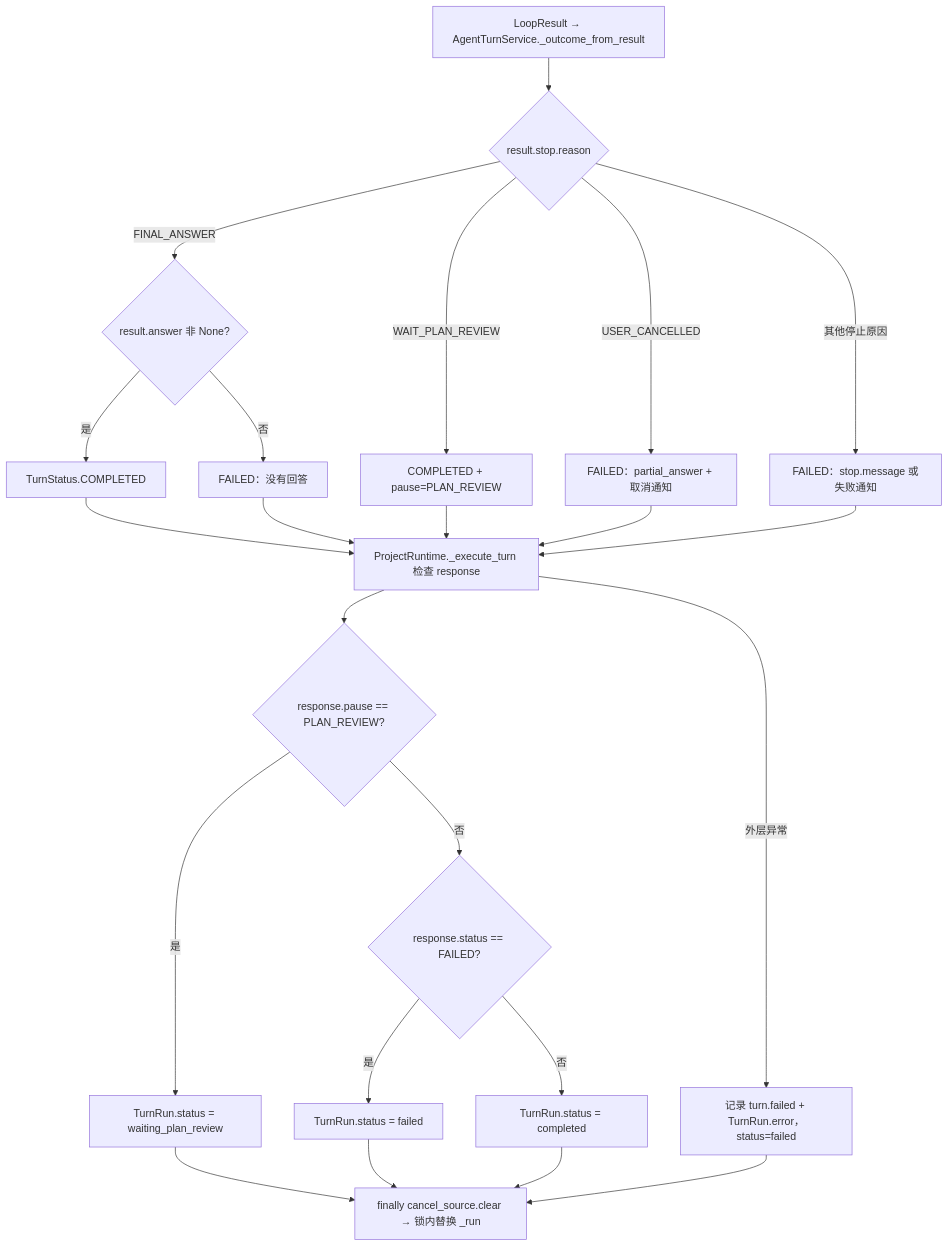
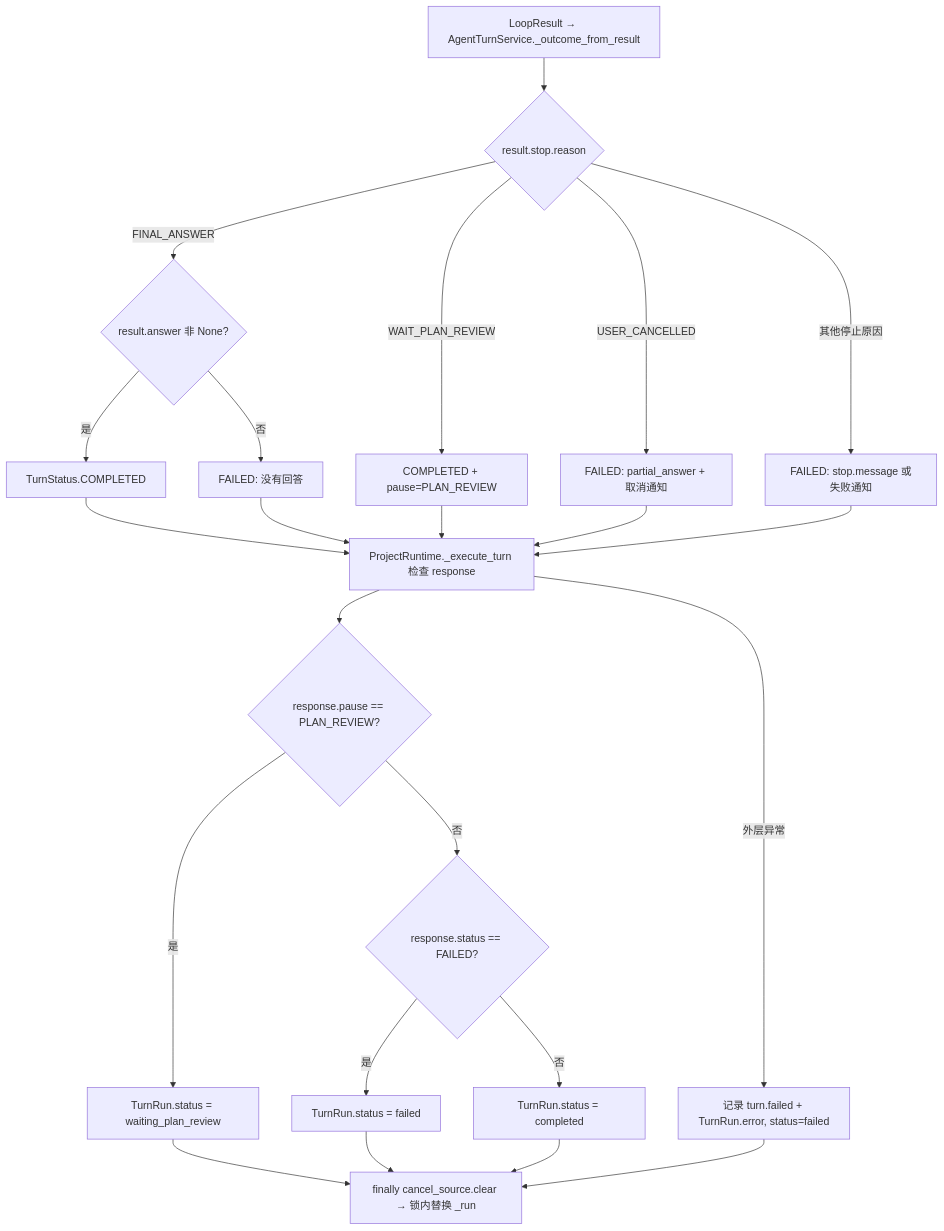
The ninth of 50 diagrams in docs/06-代码阅读线路.md (qubaolai/ForgeCLI), drawn with Mermaid before and after one commit. The commit also changed other lines of this file and 292 other files, not shown here.

````diff
--- a/docs/06-代码阅读线路.md
+++ b/docs/06-代码阅读线路.md
@@ -413,25 +441,25 @@
 ```mermaid
 flowchart TD
     A["LoopResult → AgentTurnService._outcome_from_result"] --> B{"result.stop.reason"}
     B -->|FINAL_ANSWER| C{"result.answer 非 None?"}
     C -->|是| D["TurnStatus.COMPLETED"]
-    C -->|否| E["FAILED：没有回答"]
+    C -->|否| E["FAILED: 没有回答"]
     B -->|WAIT_PLAN_REVIEW| F["COMPLETED + pause=PLAN_REVIEW"]
-    B -->|USER_CANCELLED| G["FAILED：partial_answer + 取消通知"]
-    B -->|其他停止原因| H["FAILED：stop.message 或失败通知"]
+    B -->|USER_CANCELLED| G["FAILED: partial_answer + 取消通知"]
+    B -->|其他停止原因| H["FAILED: stop.message 或失败通知"]
     D --> I["ProjectRuntime._execute_turn 检查 response"]
     E --> I
     F --> I
     G --> I
     H --> I
     I --> J{"response.pause == PLAN_REVIEW?"}
     J -->|是| K["TurnRun.status = waiting_plan_review"]
     J -->|否| L{"response.status == FAILED?"}
     L -->|是| M["TurnRun.status = failed"]
     L -->|否| N["TurnRun.status = completed"]
-    I -->|外层异常| O["记录 turn.failed + TurnRun.error，status=failed"]
+    I -->|外层异常| O["记录 turn.failed + TurnRun.error, status=failed"]
     K --> P["finally cancel_source.clear → 锁内替换 _run"]
     M --> P
     N --> P
     O --> P
 ```
````
